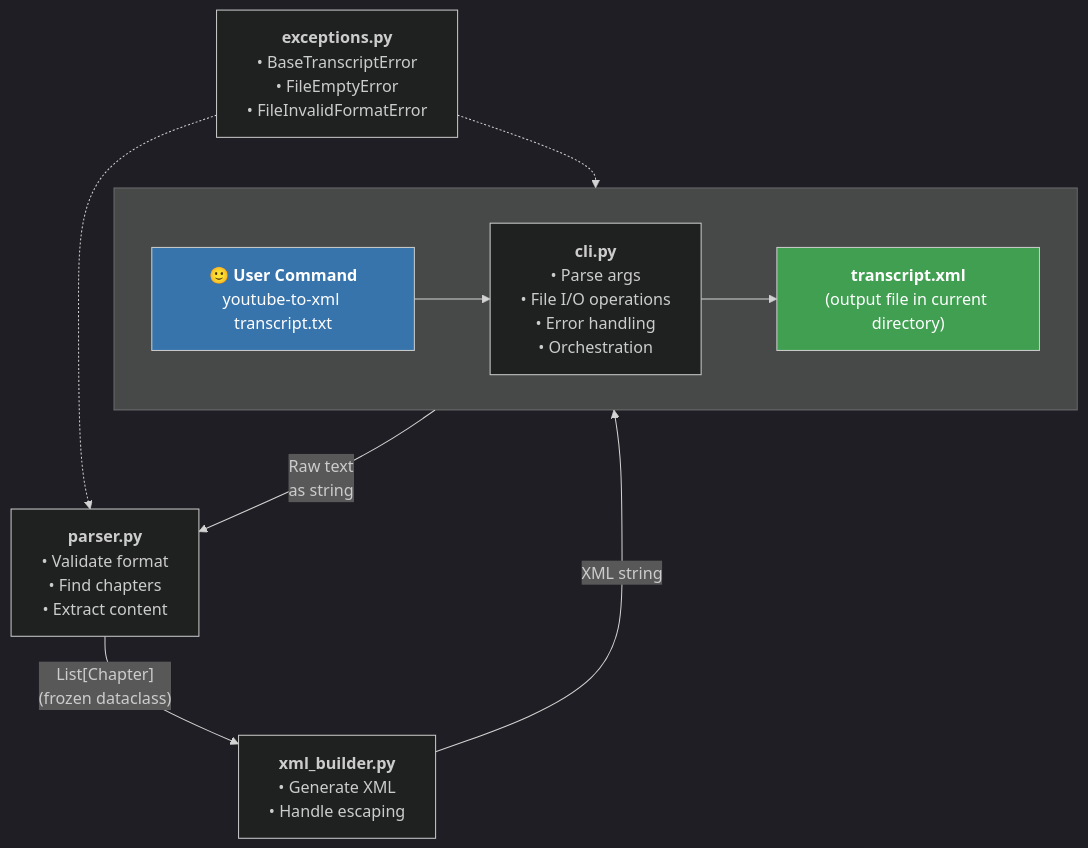
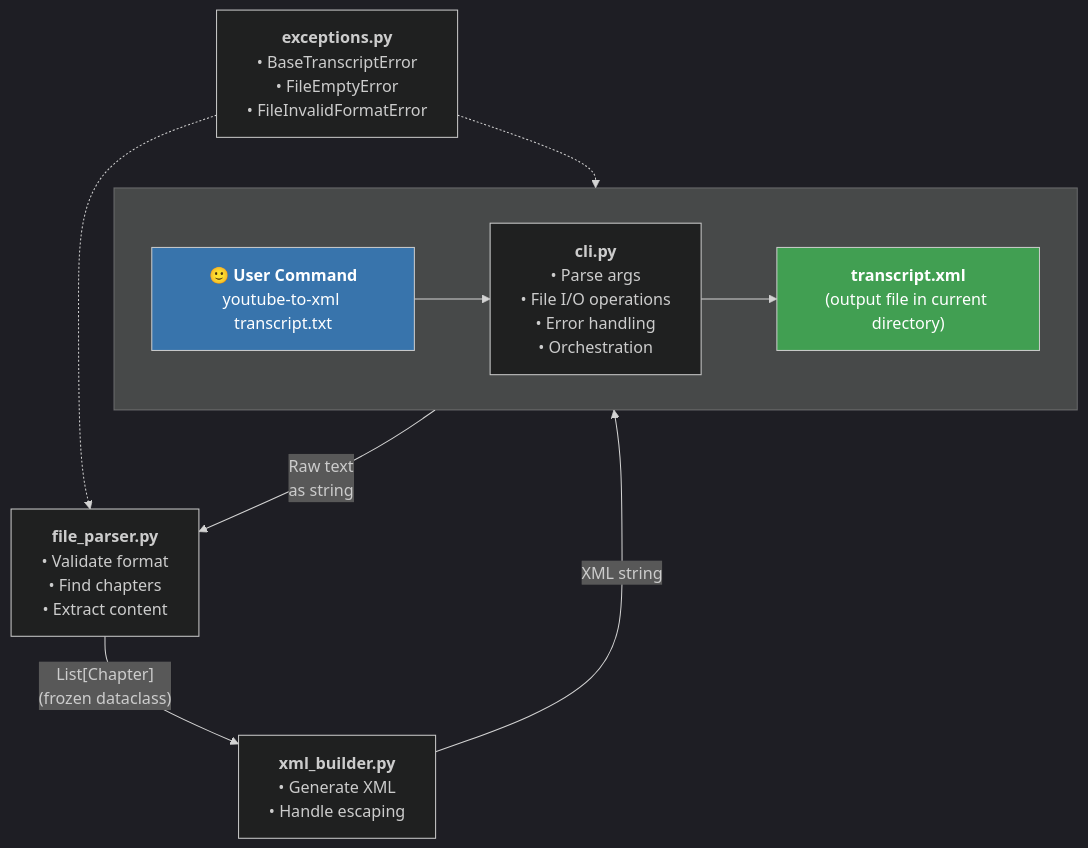
One commit to michellepace/youtube-to-xml changed the diagram in docs/SPEC.md. Above: the diagram before and after it, drawn with Mermaid. The commit also changed other lines of this file and 9 other files, not shown here.

````diff
--- a/docs/SPEC.md
+++ b/docs/SPEC.md
@@ -29,48 +29,48 @@
 ```mermaid
 ---
 config:
   theme: dark
 ---
 flowchart TD
     subgraph TOP[" "]
         direction LR
         
         CLI["`**🙂 User Command**
         youtube-to-xml transcript.txt`"]
 
         CLIMOD["`**cli.py**
         • Parse args
         • File I/O operations
         • Error handling
         • Orchestration`"]
 
         OUTPUT["`**transcript.xml**
         (output file in current directory)`"]
 
         CLI --> CLIMOD
         CLIMOD --> OUTPUT
     end
     
     EXCEPTIONS["`**exceptions.py**
     • BaseTranscriptError
     • FileEmptyError
     • FileInvalidFormatError`"]
     
-    PARSER["`**parser.py**
+    PARSER["`**file_parser.py**
     • Validate format
     • Find chapters
     • Extract content`"]
     
     XMLBUILDER["`**xml_builder.py**
     • Generate XML
     • Handle escaping`"]
     
     CLIMOD --> |Raw text<br>as string| PARSER
     PARSER --> |"List[Chapter]<br>(frozen dataclass)"| XMLBUILDER
     XMLBUILDER --> |XML string| CLIMOD
     EXCEPTIONS -.-> PARSER
     EXCEPTIONS -.-> CLIMOD
     
     style CLI color:#fff,fill:#3874ac
     style OUTPUT color:#fff,fill:#419f52
 ```
````
